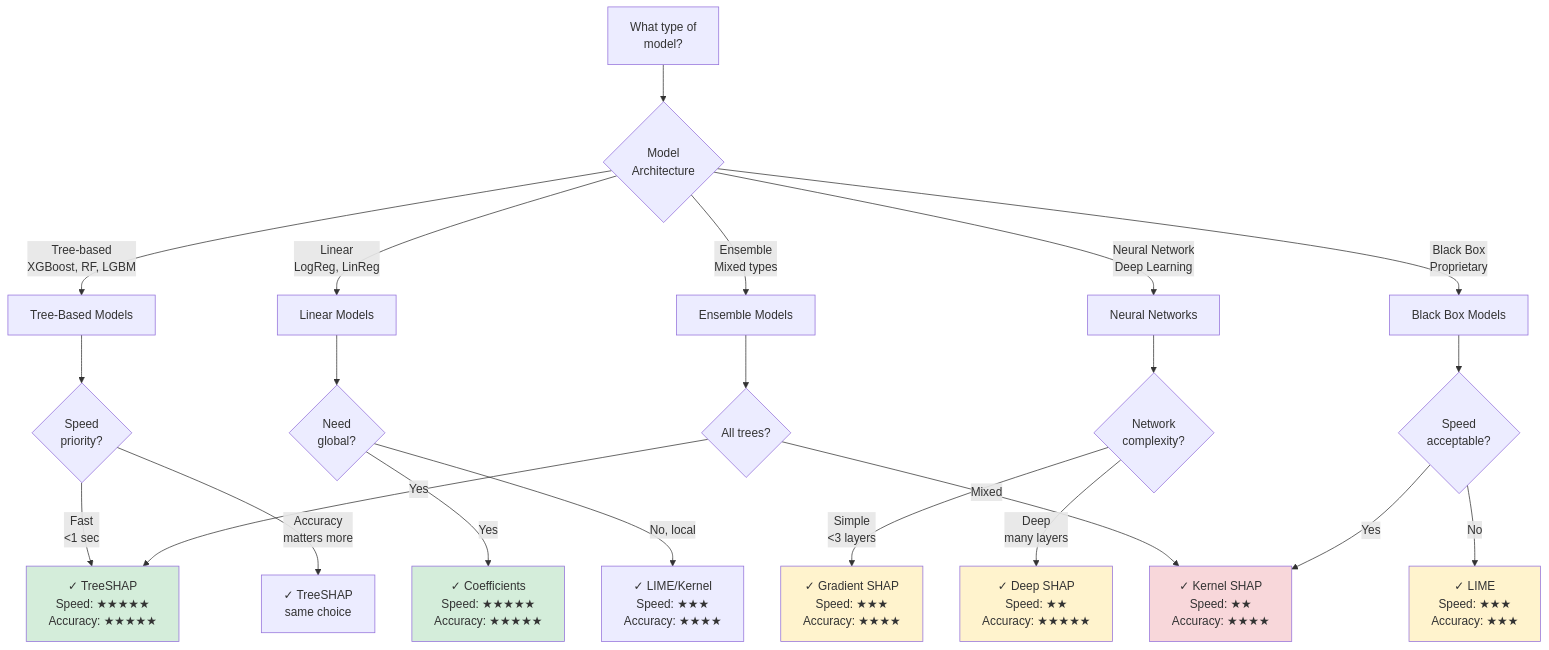
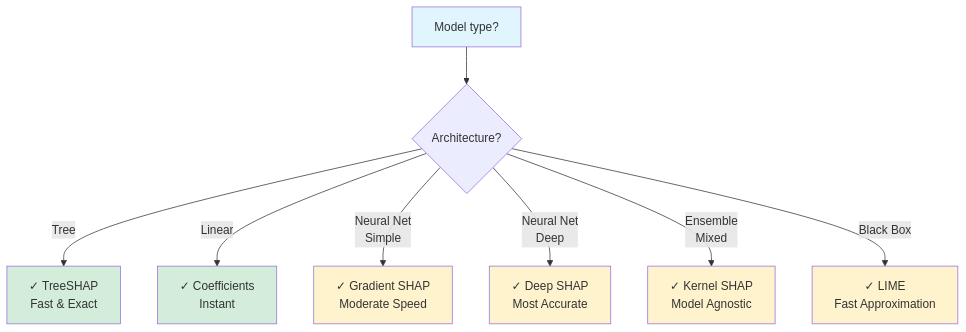
The first of 2 diagrams in site/docs/guides/how-to/choose-explainer.md (asibic/glassalpha), drawn with Mermaid before and after one commit. The commit also changed other lines of this file and 14 other files, not shown here.

````diff
--- a/site/docs/guides/how-to/choose-explainer.md
+++ b/site/docs/guides/how-to/choose-explainer.md
@@ -9,37 +11,20 @@
 ```mermaid
-graph TD
-    Start[What type of<br/>model?] --> ModelType{Model<br/>Architecture}
+graph TB
+    Start[Model type?]
+    Start --> ModelType{Architecture?}
 
-    ModelType -->|Tree-based<br/>XGBoost, RF, LGBM| TreeBased[Tree-Based Models]
-    ModelType -->|Linear<br/>LogReg, LinReg| Linear[Linear Models]
-    ModelType -->|Neural Network<br/>Deep Learning| NN[Neural Networks]
-    ModelType -->|Ensemble<br/>Mixed types| Ensemble[Ensemble Models]
-    ModelType -->|Black Box<br/>Proprietary| BlackBox[Black Box Models]
+    ModelType -->|Tree| TreeSHAP[✓ TreeSHAP<br/>Fast & Exact]
+    ModelType -->|Linear| Coefficients[✓ Coefficients<br/>Instant]
+    ModelType -->|Neural Net<br/>Simple| GradientSHAP[✓ Gradient SHAP<br/>Moderate Speed]
+    ModelType -->|Neural Net<br/>Deep| DeepSHAP[✓ Deep SHAP<br/>Most Accurate]
+    ModelType -->|Ensemble<br/>Mixed| KernelSHAP[✓ Kernel SHAP<br/>Model Agnostic]
+    ModelType -->|Black Box| LIME[✓ LIME<br/>Fast Approximation]
 
-    TreeBased --> TreeSpeed{Speed<br/>priority?}
-    TreeSpeed -->|Fast<br/>&lt;1 sec| TreeSHAP[✓ TreeSHAP<br/>Speed: ★★★★★<br/>Accuracy: ★★★★★]
-    TreeSpeed -->|Accuracy<br/>matters more| TreeSHAPAcc[✓ TreeSHAP<br/>same choice]
-
-    Linear --> LinearSpeed{Need<br/>global?}
-    LinearSpeed -->|Yes| Coefficients[✓ Coefficients<br/>Speed: ★★★★★<br/>Accuracy: ★★★★★]
-    LinearSpeed -->|No, local| KernelLinear[✓ LIME/Kernel<br/>Speed: ★★★<br/>Accuracy: ★★★★]
-
-    NN --> NNComplex{Network<br/>complexity?}
-    NNComplex -->|Simple<br/>&lt;3 layers| GradientSHAP[✓ Gradient SHAP<br/>Speed: ★★★<br/>Accuracy: ★★★★]
-    NNComplex -->|Deep<br/>many layers| DeepSHAP[✓ Deep SHAP<br/>Speed: ★★<br/>Accuracy: ★★★★★]
-
-    Ensemble --> EnsembleComp{All trees?}
-    EnsembleComp -->|Yes| TreeSHAP
-    EnsembleComp -->|Mixed| KernelSHAP[✓ Kernel SHAP<br/>Speed: ★★<br/>Accuracy: ★★★★]
-
-    BlackBox --> BBSpeed{Speed<br/>acceptable?}
-    BBSpeed -->|Yes| KernelSHAP
-    BBSpeed -->|No| LIME[✓ LIME<br/>Speed: ★★★<br/>Accuracy: ★★★]
-
+    style Start fill:#e1f5ff
     style TreeSHAP fill:#d4edda
     style Coefficients fill:#d4edda
     style GradientSHAP fill:#fff3cd
     style DeepSHAP fill:#fff3cd
-    style KernelSHAP fill:#f8d7da
+    style KernelSHAP fill:#fff3cd
     style LIME fill:#fff3cd
 ```
````
